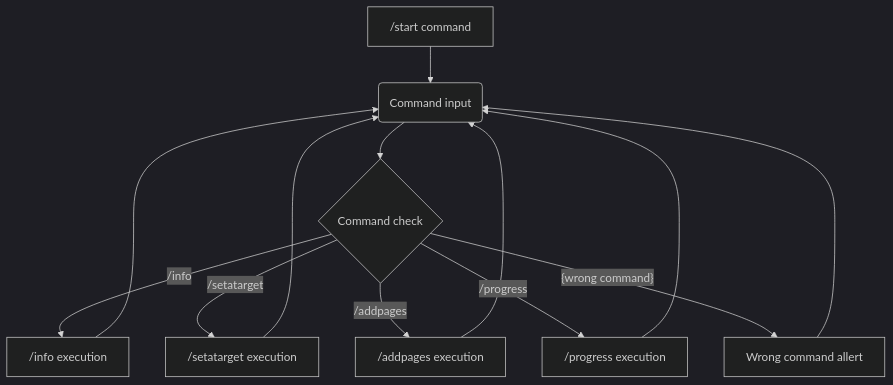
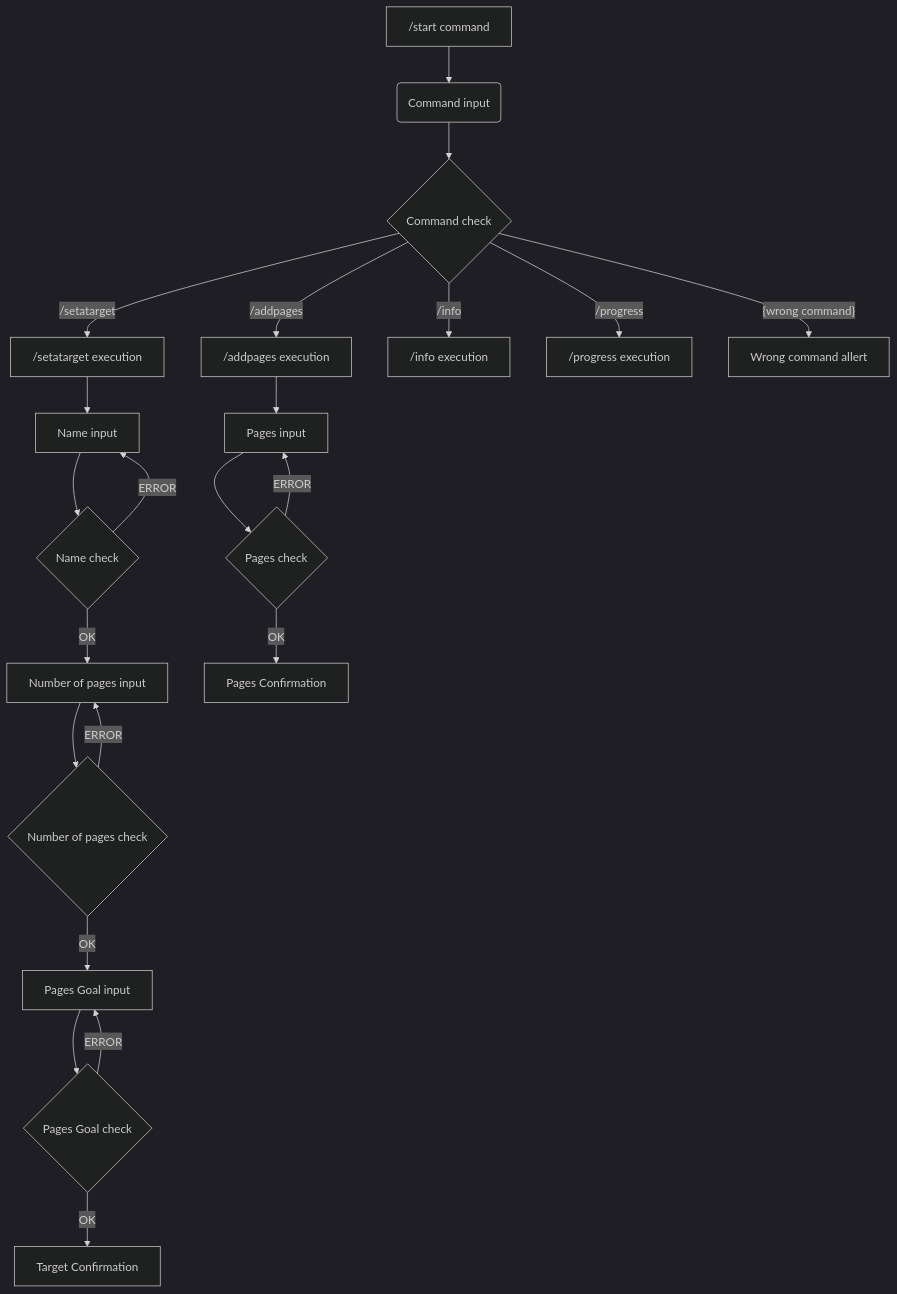
Before and after one commit to inrusakov/HabitTrackerHSE: the diagram in README.md, drawn with Mermaid (dark theme). The commit also changed 2 other files, not shown here.

````diff
--- a/README.md
+++ b/README.md
@@ -15,10 +15,23 @@
 ```mermaid
 flowchart TD
-    A["/start command"] --> B(Command input)
-    B --> C{Command check}
-    C -->|"/info"| H["/info execution"] --> B
-    C -->|"/setatarget"| D["/setatarget execution"] --> B
-    C -->|"/addpages"| E["/addpages execution"] --> B
-    C -->|"/progress"| F["/progress execution"] --> B
-    C -->|"{wrong command}"| G["Wrong command allert"] --> B
+    Start["/start command"] --> CommandI(Command input)
+    CommandI --> CommandC{Command check}
+
+    CommandC -->|"/setatarget"| SetTarget["/setatarget execution"]
+    SetTarget --> SetTargetI["Name input"] --> SetTargetC{Name check}
+    SetTargetC --> |"ERROR"| SetTargetI
+    SetTargetC --> |"OK"| PagesI["Number of pages input"] --> PagesC{Number of pages check} 
+    PagesC --> |"ERROR"|PagesI
+    PagesC --> |"OK"| PagesGoalI["Pages Goal input"] --> PagesGoalC{Pages Goal check} 
+    PagesGoalC --> |"ERROR"|PagesGoalI
+    PagesGoalC --> |"OK"| PagesGoalE["Target Confirmation"]
+
+    CommandC -->|"/addpages"| AddPages["/addpages execution"]
+    AddPages --> AddPagesI["Pages input"] --> AddPagesC{Pages check}
+    AddPagesC --> |"ERROR"| AddPagesI
+    AddPagesC --> |"OK"| AddPagesE["Pages Confirmation"]
+
+    CommandC -->|"/info"| H["/info execution"]
+    CommandC -->|"/progress"| F["/progress execution"]
+    CommandC -->|"{wrong command}"| G["Wrong command allert"]
 ```
````
